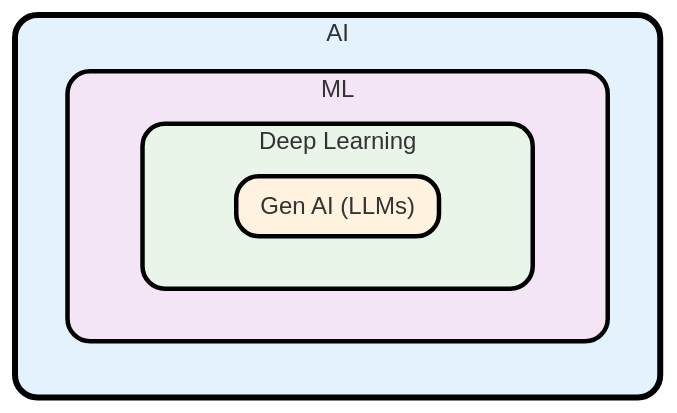
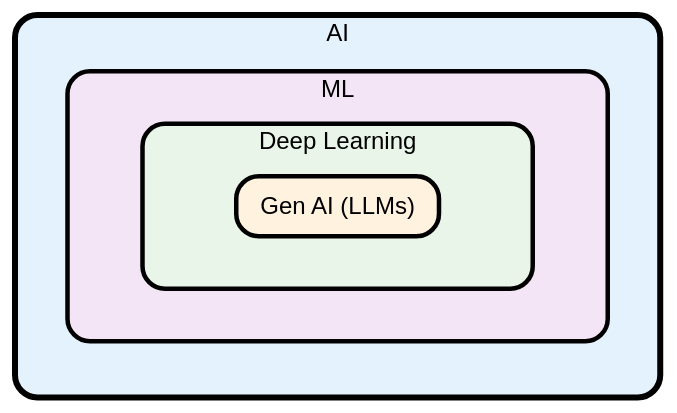
Before and after one commit to skolaric/book-ai-and-machine-learning-a-quick-start-guide: the diagram in 010-overview-of-ai-and-ml.md, drawn with Mermaid.

````diff
--- a/010-overview-of-ai-and-ml.md
+++ b/010-overview-of-ai-and-ml.md
@@ -4,22 +4,22 @@
 ```mermaid
 graph LR
     subgraph AI ["AI"]
         subgraph ML ["ML"]
             subgraph DL ["Deep Learning"]
                 subgraph GenAI ["Gen AI (LLMs)"]
                 end
             end
         end
     end
     
     %% Styling
-    classDef level1 fill:#e3f2fd,stroke:#000000,stroke-width:4px,rx:15,ry:15
-    classDef level2 fill:#f3e5f5,stroke:#000000,stroke-width:3px,rx:15,ry:15
-    classDef level3 fill:#e8f5e8,stroke:#000000,stroke-width:3px,rx:15,ry:15
-    classDef level4 fill:#fff3e0,stroke:#000000,stroke-width:3px,rx:15,ry:15
+    classDef level1 fill:#e3f2fd,stroke:#000000,stroke-width:4px,rx:15,ry:15,color:#000000
+    classDef level2 fill:#f3e5f5,stroke:#000000,stroke-width:3px,rx:15,ry:15,color:#000000
+    classDef level3 fill:#e8f5e8,stroke:#000000,stroke-width:3px,rx:15,ry:15,color:#000000
+    classDef level4 fill:#fff3e0,stroke:#000000,stroke-width:3px,rx:15,ry:15,color:#000000
     
     class AI level1
     class ML level2
     class DL level3
     class GenAI level4
 ```
````
